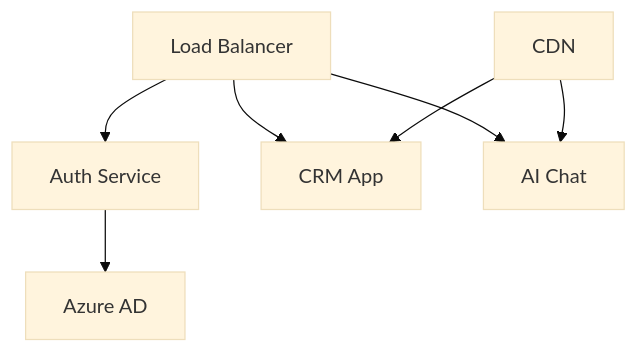
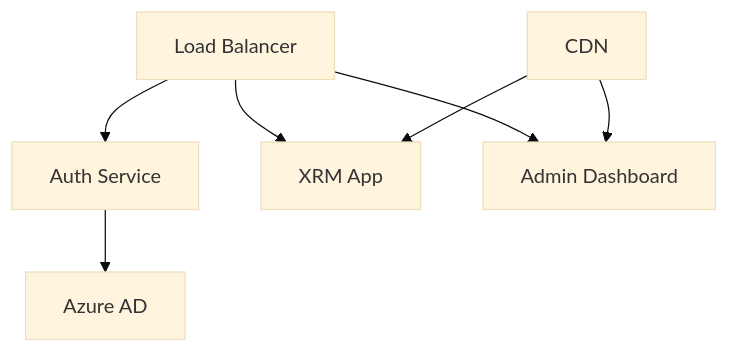
One commit to kkhorshed/Nexus360 changed the fourth of 4 diagrams in docs/architecture/system-design.md. Above: the diagram before and after it, drawn with Mermaid (base theme). The commit also changed other lines of this file and 51 other files, not shown here.

Commit message:
refactor: remove CRM, AI chat, marketing, and sales-comp apps; update documentation

````diff
--- a/docs/architecture/system-design.md
+++ b/docs/architecture/system-design.md
@@ -233,9 +242,9 @@
 ```mermaid
 graph TD
     A[Load Balancer] --> B[Auth Service]
-    A --> C[CRM App]
-    A --> D[AI Chat]
+    A --> C[XRM App]
+    A --> D[Admin Dashboard]
     B --> E[Azure AD]
     F[CDN] --> C
     F --> D
 ```
````
